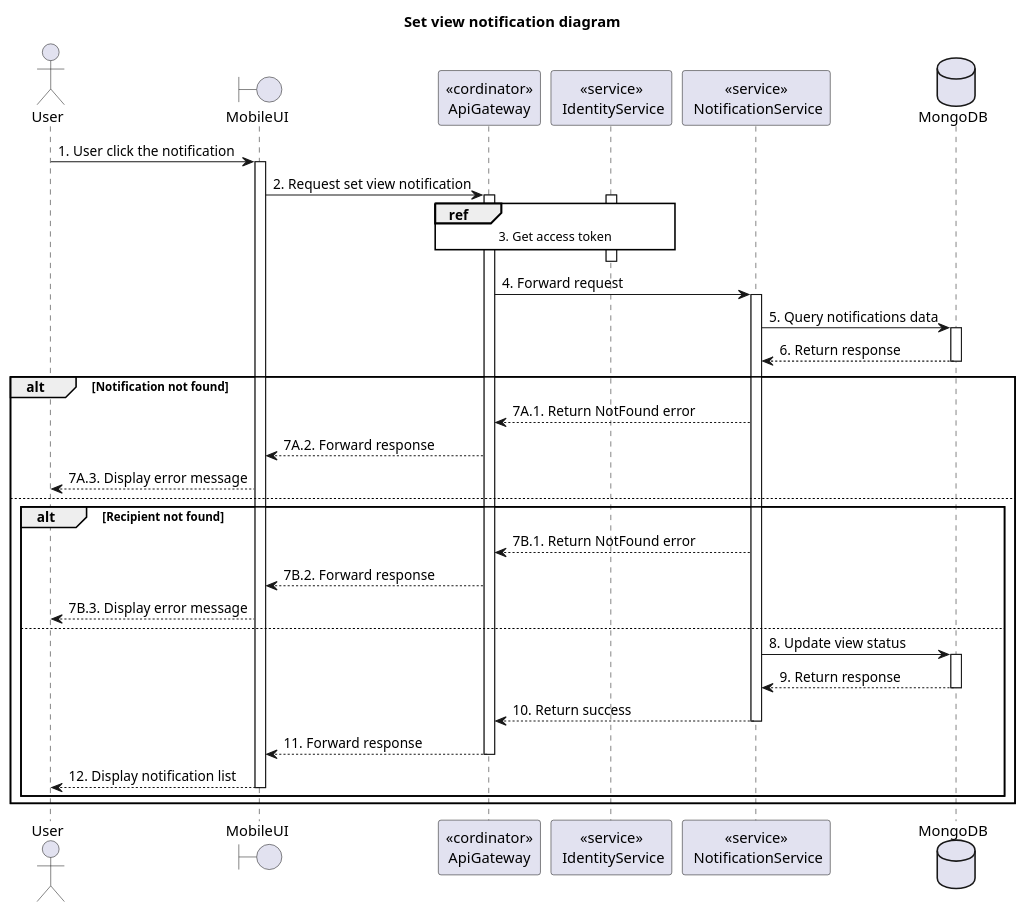
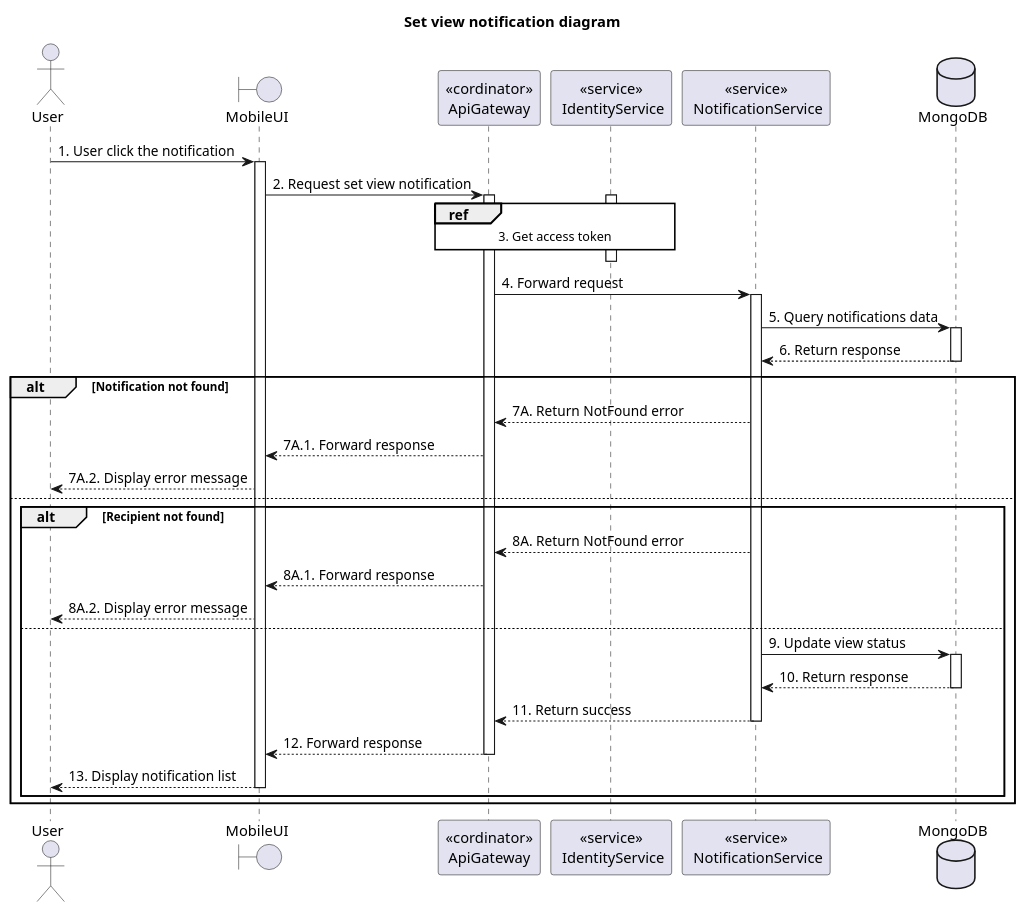
Before and after one commit to Carl-Johnsons/tastopia: the diagram in doc/SDS/Notification/Set View Notification/Sequence.plantuml, drawn with PlantUML. The commit also changed 21 other files, not shown here.

Commit message:
doc: fix sequence ordinal number

```diff
--- a/doc/SDS/Notification/Set View Notification/Sequence.plantuml
+++ b/doc/SDS/Notification/Set View Notification/Sequence.plantuml
@@ -1,51 +1,51 @@
 @startuml Sequence
 title "Set view notification diagram"
 
 ' Style section
 <style>
   sequenceDiagram {
     reference {
       BackGroundColor white
     }
 }
 </style>
 
 actor User
 boundary MobileUI
 participant "<<cordinator>>\nApiGateway" as ApiGateway
 participant "<<service>>\n IdentityService" as IdentityService
 participant "<<service>>\n NotificationService" as NotificationService
 database MongoDB
 
 User -> MobileUI ++: 1. User click the notification
 MobileUI -> ApiGateway ++: 2. Request set view notification
 
 activate IdentityService
 ref over ApiGateway, IdentityService: 3. Get access token
 ApiGateway -[hidden]-> IdentityService
 deactivate IdentityService
 
 ApiGateway -> NotificationService ++: 4. Forward request
 
 NotificationService -> MongoDB++: 5. Query notifications data
 NotificationService <-- MongoDB--: 6. Return response
 
 alt Notification not found
-  ApiGateway <-- NotificationService: 7A.1. Return NotFound error
-  MobileUI <-- ApiGateway: 7A.2. Forward response
-  User <-- MobileUI: 7A.3. Display error message
+  ApiGateway <-- NotificationService: 7A. Return NotFound error
+  MobileUI <-- ApiGateway: 7A.1. Forward response
+  User <-- MobileUI: 7A.2. Display error message
 else
   alt Recipient not found
-    ApiGateway <-- NotificationService: 7B.1. Return NotFound error
-    MobileUI <-- ApiGateway: 7B.2. Forward response
-    User <-- MobileUI: 7B.3. Display error message
+    ApiGateway <-- NotificationService: 8A. Return NotFound error
+    MobileUI <-- ApiGateway: 8A.1. Forward response
+    User <-- MobileUI: 8A.2. Display error message
   else
-    NotificationService -> MongoDB++: 8. Update view status
-    NotificationService <-- MongoDB--: 9. Return response
-    ApiGateway <-- NotificationService--: 10. Return success
-    MobileUI <-- ApiGateway--: 11. Forward response
-    User <-- MobileUI--: 12. Display notification list
+    NotificationService -> MongoDB++: 9. Update view status
+    NotificationService <-- MongoDB--: 10. Return response
+    ApiGateway <-- NotificationService--: 11. Return success
+    MobileUI <-- ApiGateway--: 12. Forward response
+    User <-- MobileUI--: 13. Display notification list
   end
 end
 
 @enduml
```
